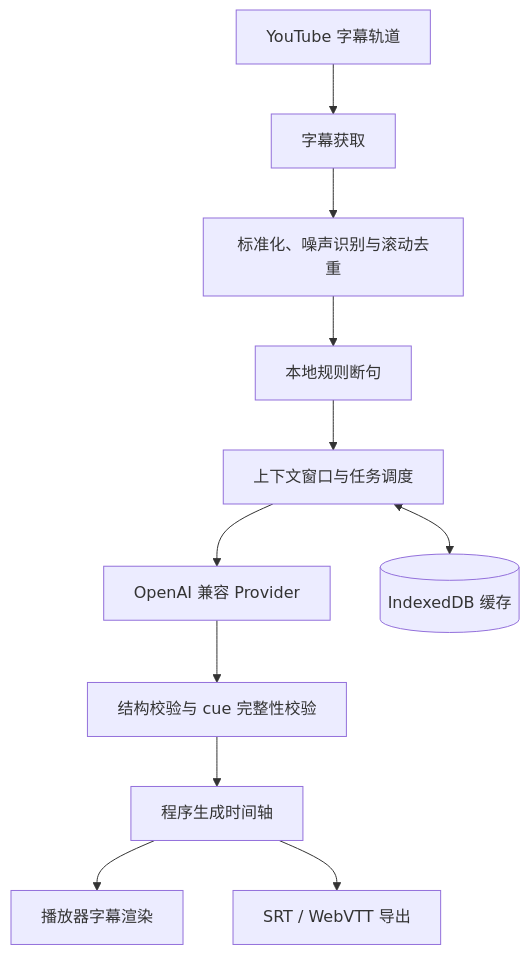
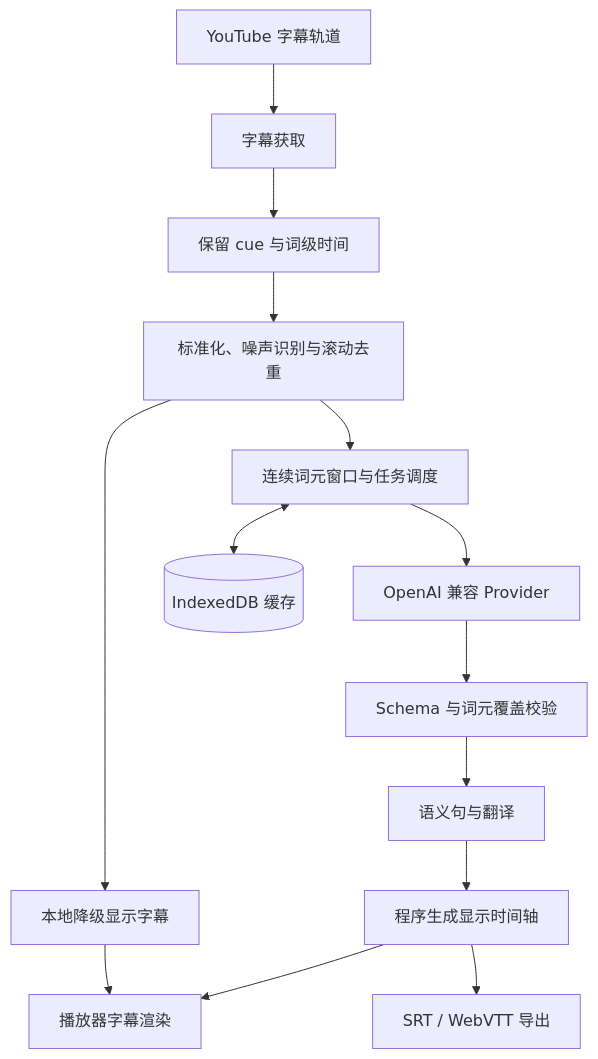
Before and after one commit to LBEILC/cueweave: the diagram in docs/ARCHITECTURE.md, drawn with Mermaid. The commit also changed other lines of this file and 38 other files, not shown here.

````diff
--- a/docs/ARCHITECTURE.md
+++ b/docs/ARCHITECTURE.md
@@ -7,13 +7,16 @@
 ```mermaid
 flowchart TD
     Y[YouTube 字幕轨道] --> C[字幕获取]
-    C --> N[标准化、噪声识别与滚动去重]
-    N --> S[本地规则断句]
-    S --> W[上下文窗口与任务调度]
+    C --> T[保留 cue 与词级时间]
+    T --> N[标准化、噪声识别与滚动去重]
+    N --> F[本地降级显示字幕]
+    N --> W[连续词元窗口与任务调度]
     W --> P[OpenAI 兼容 Provider]
-    P --> V[结构校验与 cue 完整性校验]
-    V --> T[程序生成时间轴]
-    T --> R[播放器字幕渲染]
-    T --> E[SRT / WebVTT 导出]
+    P --> V[Schema 与词元覆盖校验]
+    V --> A[语义句与翻译]
+    A --> U[程序生成显示时间轴]
+    F --> R[播放器字幕渲染]
+    U --> R
+    U --> E[SRT / WebVTT 导出]
     W <--> D[(IndexedDB 缓存)]
 ```
````
